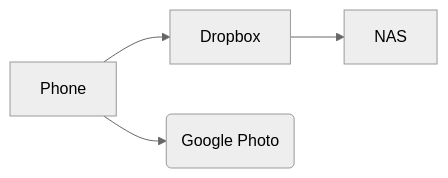
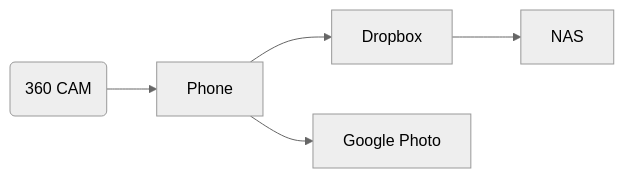
One commit to gasolin/blog changed the first of 6 diagrams in source/_posts/personal-automation-in-2017.md. Above: the diagram before and after it, drawn with Mermaid (neutral theme). The commit also changed other lines of this file, not shown here.

```diff
--- a/source/_posts/personal-automation-in-2017.md
+++ b/source/_posts/personal-automation-in-2017.md
@@ -22,6 +22,7 @@
 {% mermaid %}
 graph LR
+cam(360 CAM) --> Phone
 Phone --> Dropbox
-Phone --> gphoto(Google Photo)
+Phone --> gphoto[Google Photo]
 Dropbox --> NAS
 {% endmermaid %}
```
